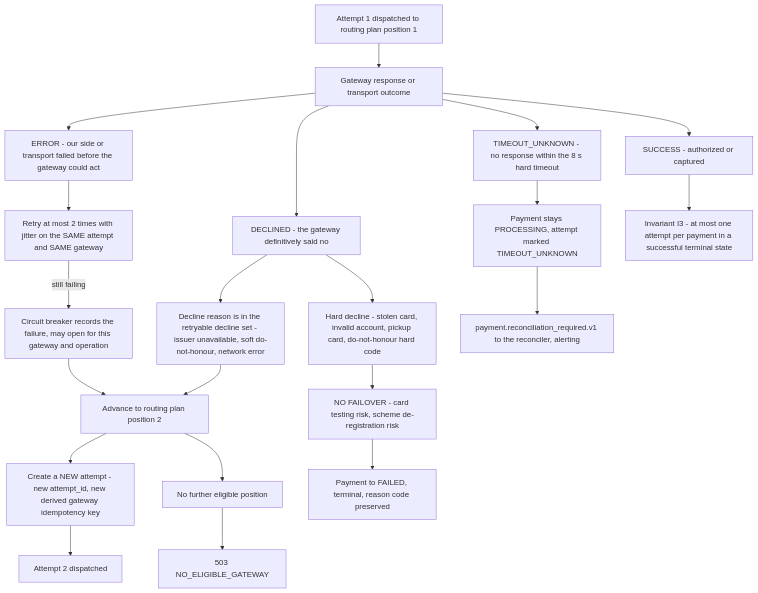
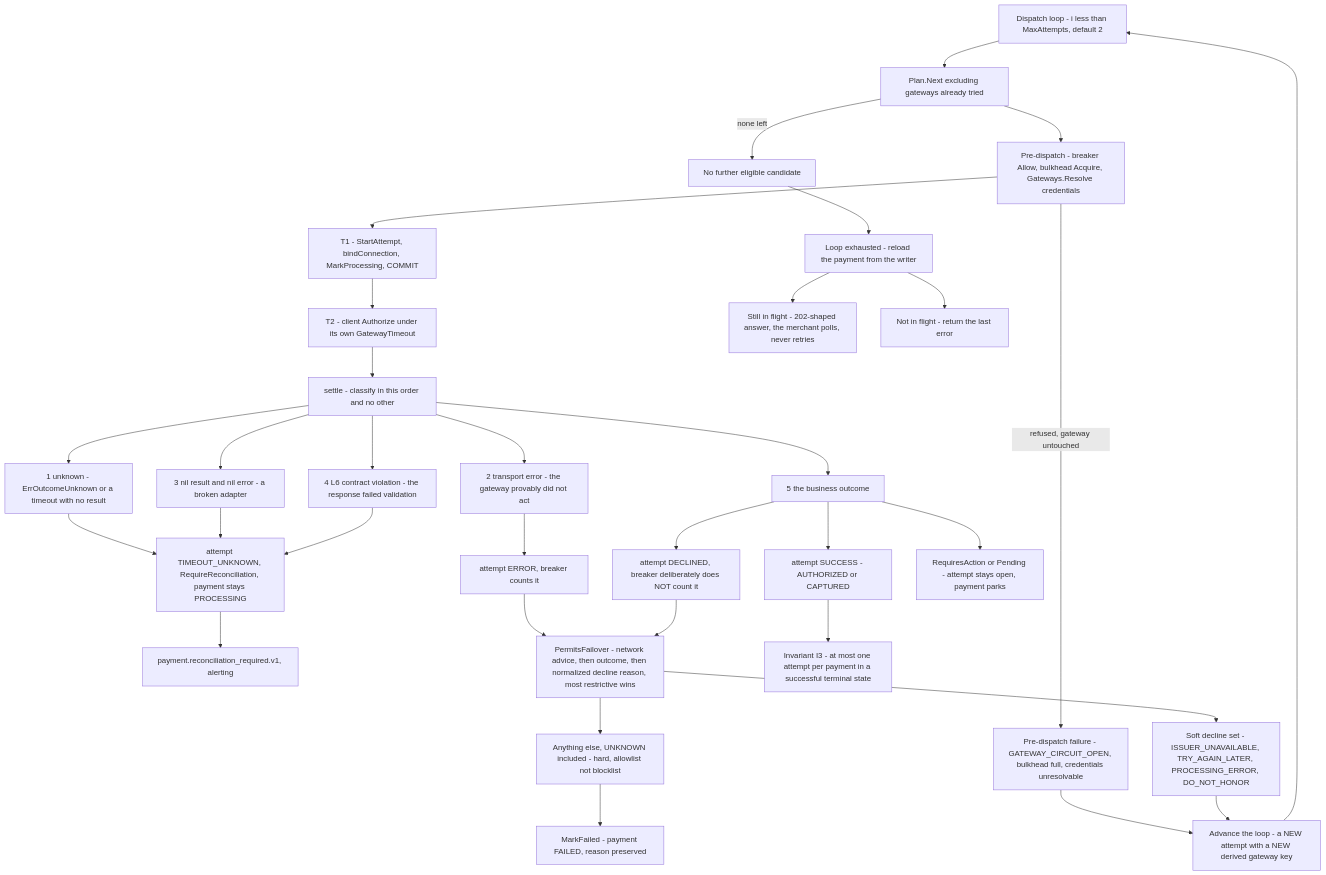
The first of 2 diagrams in docs/diagrams/10-gateway-failover.md (udaykishore-resu/payments-platform), drawn with Mermaid before and after one commit. The commit also changed other lines of this file and 67 other files, not shown here.

````diff
--- a/docs/diagrams/10-gateway-failover.md
+++ b/docs/diagrams/10-gateway-failover.md
@@ -14,43 +20,56 @@
 ```mermaid
 flowchart TB
-  A1["Attempt 1 dispatched to routing plan position 1"]
-  RESP["Gateway response or transport outcome"]
+  LOOP["Dispatch loop - i less than MaxAttempts, default 2"]
+  NEXTC["Plan.Next excluding gateways already tried"]
+  NOCAND["No further eligible candidate"]
+  PRE["Pre-dispatch - breaker Allow, bulkhead Acquire, Gateways.Resolve credentials"]
+  PREF["Pre-dispatch failure - GATEWAY_CIRCUIT_OPEN, bulkhead full, credentials unresolvable"]
+  T1["T1 - StartAttempt, bindConnection, MarkProcessing, COMMIT"]
+  T2["T2 - client Authorize under its own GatewayTimeout"]
+  SET["settle - classify in this order and no other"]
 
-  OK["SUCCESS - authorized or captured"]
-  ERRT["ERROR - our side or transport failed before the gateway could act"]
-  DEC["DECLINED - the gateway definitively said no"]
-  TMO["TIMEOUT_UNKNOWN - no response within the 8 s hard timeout"]
+  C1["1 unknown - ErrOutcomeUnknown or a timeout with no result"]
+  C2["2 transport error - the gateway provably did not act"]
+  C3["3 nil result and nil error - a broken adapter"]
+  C4["4 L6 contract violation - the response failed validation"]
+  C5["5 the business outcome"]
 
-  SOFT["Decline reason is in the retryable decline set - issuer unavailable, soft do-not-honour, network error"]
-  HARD["Hard decline - stolen card, invalid account, pickup card, do-not-honour hard code"]
+  UNK["attempt TIMEOUT_UNKNOWN, RequireReconciliation, payment stays PROCESSING"]
+  RECQ["payment.reconciliation_required.v1, alerting"]
+  ERRA["attempt ERROR, breaker counts it"]
+  DECA["attempt DECLINED, breaker deliberately does NOT count it"]
+  OKA["attempt SUCCESS - AUTHORIZED or CAPTURED"]
+  PARK["RequiresAction or Pending - attempt stays open, payment parks"]
 
-  SAMEG["Retry at most 2 times with jitter on the SAME attempt and SAME gateway"]
-  BRK["Circuit breaker records the failure, may open for this gateway and operation"]
-  NEXT["Advance to routing plan position 2"]
-  NEWATT["Create a NEW attempt - new attempt_id, new derived gateway idempotency key"]
-  NOCAND["No further eligible position"]
+  PF["PermitsFailover - network advice, then outcome, then normalized decline reason, most restrictive wins"]
+  SOFT["Soft decline set - ISSUER_UNAVAILABLE, TRY_AGAIN_LATER, PROCESSING_ERROR, DO_NOT_HONOR"]
+  HARD["Anything else, UNKNOWN included - hard, allowlist not blocklist"]
+  MARKF["MarkFailed - payment FAILED, reason preserved"]
+  ADV["Advance the loop - a NEW attempt with a NEW derived gateway key"]
+  EXH["Loop exhausted - reload the payment from the writer"]
+  INFL["Still in flight - 202-shaped answer, the merchant polls, never retries"]
+  LASTE["Not in flight - return the last error"]
+  DONE["Invariant I3 - at most one attempt per payment in a successful terminal state"]
 
-  TERMF["Payment to FAILED, terminal, reason code preserved"]
-  NEVER["NO FAILOVER - card testing risk, scheme de-registration risk"]
-  STAY["Payment stays PROCESSING, attempt marked TIMEOUT_UNKNOWN"]
-  RECQ["payment.reconciliation_required.v1 to the reconciler, alerting"]
-  ERR503["503 NO_ELIGIBLE_GATEWAY"]
-
-  A1 --> RESP
-  RESP --> OK
-  RESP --> ERRT
-  RESP --> DEC
-  RESP --> TMO
-
-  ERRT --> SAMEG
-  SAMEG -->|"still failing"| BRK --> NEXT
-  DEC --> SOFT
-  DEC --> HARD
-  SOFT --> NEXT
-  HARD --> NEVER --> TERMF
-  TMO --> STAY --> RECQ
-
-  NEXT --> NEWATT --> A2["Attempt 2 dispatched"]
-  NEXT --> NOCAND --> ERR503
-  OK --> DONE["Invariant I3 - at most one attempt per payment in a successful terminal state"]
+  LOOP --> NEXTC
+  NEXTC -->|"none left"| NOCAND --> EXH
+  NEXTC --> PRE
+  PRE -->|"refused, gateway untouched"| PREF --> ADV
+  PRE --> T1 --> T2 --> SET
+  SET --> C1 --> UNK
+  SET --> C2 --> ERRA
+  SET --> C3 --> UNK
+  SET --> C4 --> UNK
+  SET --> C5
+  C5 --> OKA --> DONE
+  C5 --> PARK
+  C5 --> DECA
+  UNK --> RECQ
+  ERRA --> PF
+  DECA --> PF
+  PF --> SOFT --> ADV
+  PF --> HARD --> MARKF
+  ADV --> LOOP
+  EXH --> INFL
+  EXH --> LASTE
 ```
````
